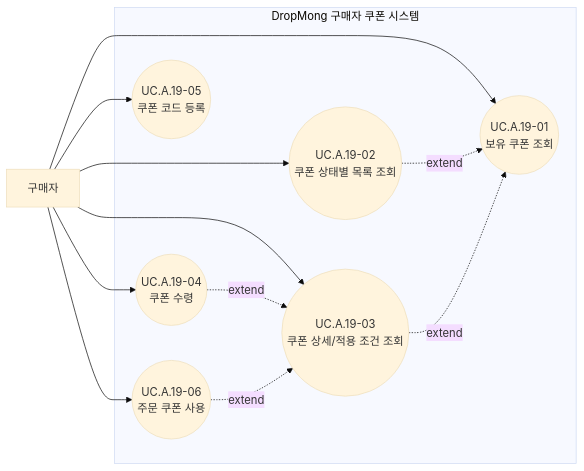
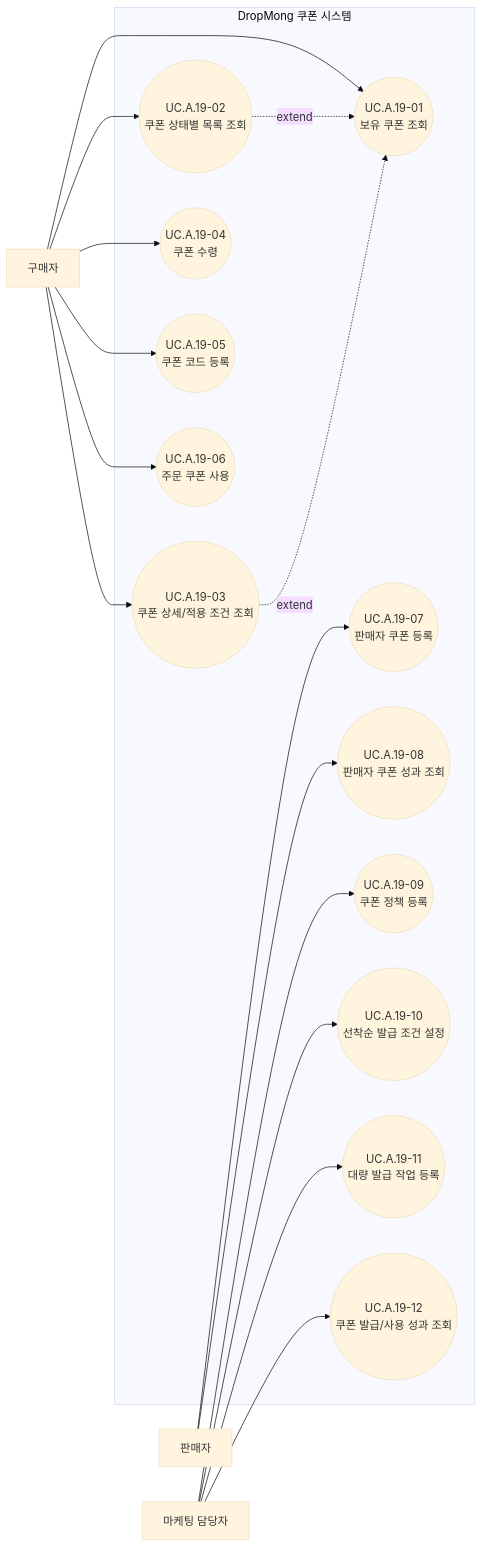
One commit to Medikong/archive changed the first of 2 diagrams in blueprint/30-uc/UC_A_19_coupon_wallet.md. Above: the diagram before and after it, drawn with Mermaid (base theme). The commit also changed other lines of this file and 50 other files, not shown here.

Commit message:
docs(commerce): add seller and coupon blueprints

````diff
--- a/blueprint/30-uc/UC_A_19_coupon_wallet.md
+++ b/blueprint/30-uc/UC_A_19_coupon_wallet.md
@@ -35,25 +62,39 @@
 ```mermaid
 flowchart LR
     Buyer["구매자"]
+    Seller["판매자"]
+    Marketer["마케팅 담당자"]
 
-    subgraph CouponWalletSystem["DropMong 구매자 쿠폰 시스템"]
+    subgraph CouponSystem["DropMong 쿠폰 시스템"]
         UC1901(("UC.A.19-01<br/>보유 쿠폰 조회"))
         UC1902(("UC.A.19-02<br/>쿠폰 상태별 목록 조회"))
         UC1903(("UC.A.19-03<br/>쿠폰 상세/적용 조건 조회"))
         UC1904(("UC.A.19-04<br/>쿠폰 수령"))
         UC1905(("UC.A.19-05<br/>쿠폰 코드 등록"))
         UC1906(("UC.A.19-06<br/>주문 쿠폰 사용"))
+        UC1907(("UC.A.19-07<br/>판매자 쿠폰 등록"))
+        UC1908(("UC.A.19-08<br/>판매자 쿠폰 성과 조회"))
+        UC1909(("UC.A.19-09<br/>쿠폰 정책 등록"))
+        UC1910(("UC.A.19-10<br/>선착순 발급 조건 설정"))
+        UC1911(("UC.A.19-11<br/>대량 발급 작업 등록"))
+        UC1912(("UC.A.19-12<br/>쿠폰 발급/사용 성과 조회"))
     end
 
     Buyer --> UC1901
     Buyer --> UC1902
     Buyer --> UC1903
     Buyer --> UC1904
     Buyer --> UC1905
     Buyer --> UC1906
 
+    Seller --> UC1907
+    Seller --> UC1908
+
+    Marketer --> UC1909
+    Marketer --> UC1910
+    Marketer --> UC1911
+    Marketer --> UC1912
+
     UC1902 -. "extend" .-> UC1901
     UC1903 -. "extend" .-> UC1901
-    UC1904 -. "extend" .-> UC1903
-    UC1906 -. "extend" .-> UC1903
 ```
````
